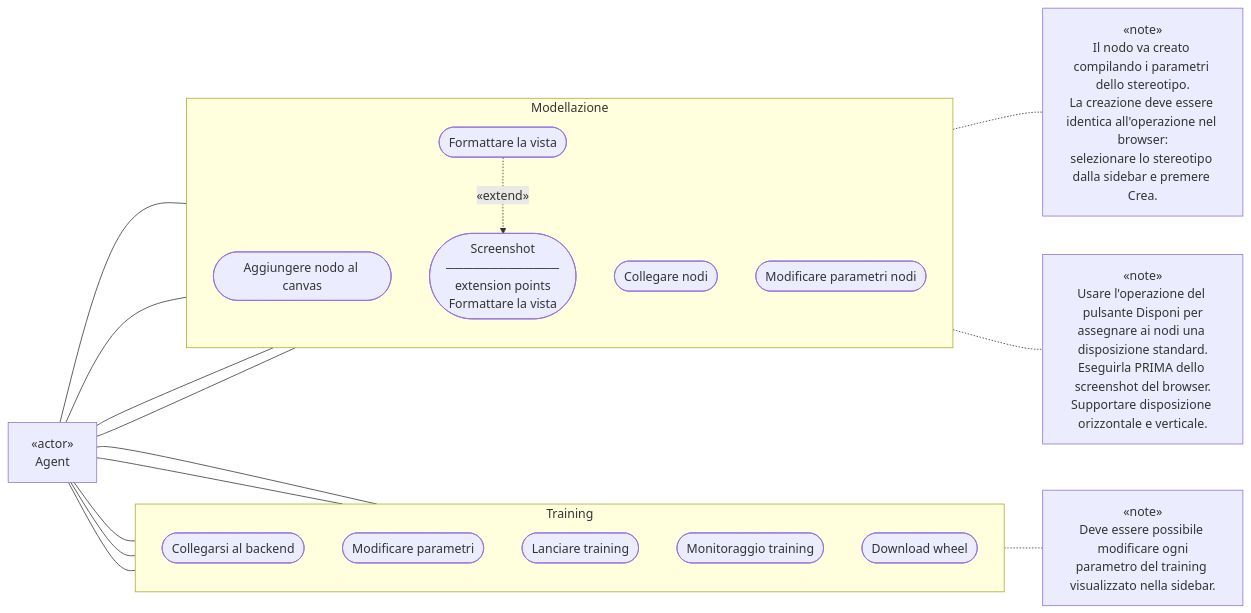
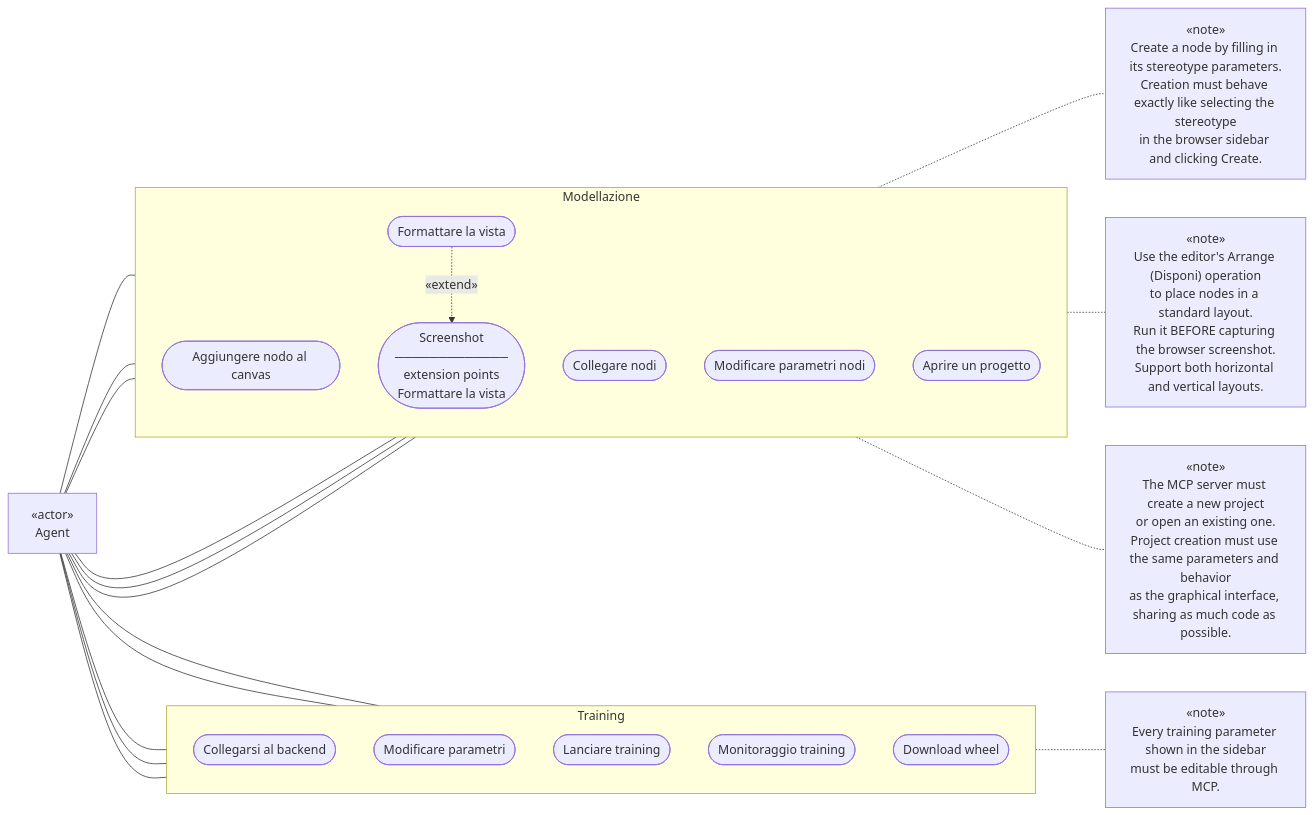
One commit to LucaSforza/NNModelling changed the diagram in docs/knowledge/uml/mcp-use-case-parity.md. Above: the diagram before and after it, drawn with Mermaid. The commit also changed other lines of this file and 11 other files, not shown here.

Commit message:
plan for implementing MCP server

````diff
--- a/docs/knowledge/uml/mcp-use-case-parity.md
+++ b/docs/knowledge/uml/mcp-use-case-parity.md
@@ -24,45 +28,51 @@
 ```mermaid
 flowchart LR
     A["«actor»<br/>Agent"]
 
     subgraph TRAINING["Training"]
         direction TB
         T1(["Collegarsi al backend"])
         T2(["Modificare parametri"])
         T3(["Lanciare training"])
         T4(["Monitoraggio training"])
         T5(["Download wheel"])
     end
 
     subgraph MODELLAZIONE["Modellazione"]
         direction TB
         M1(["Aggiungere nodo al canvas"])
         M2(["Collegare nodi"])
         M3(["Modificare parametri nodi"])
         M4(["Formattare la vista"])
         M5(["Screenshot<br/>─────────────<br/>extension points<br/>Formattare la vista"])
+        M6(["Aprire un progetto"])
 
         M4 -. "«extend»" .-> M5
     end
 
     A --- T1
     A --- T2
     A --- T3
     A --- T4
     A --- T5
 
     A --- M1
     A --- M2
     A --- M3
     A --- M4
+    A --- M5
+    A --- M6
 
-    N1["«note»<br/>Deve essere possibile modificare ogni<br/>parametro del training visualizzato nella sidebar."]
+    N1["«note»<br/>Every training parameter shown in the sidebar<br/>must be editable through MCP."]
 
-    N2["«note»<br/>Il nodo va creato compilando i parametri dello stereotipo.<br/>La creazione deve essere identica all'operazione nel browser:<br/>selezionare lo stereotipo dalla sidebar e premere Crea."]
+    N2["«note»<br/>Create a node by filling in its stereotype parameters.<br/>Creation must behave exactly like selecting the stereotype<br/>in the browser sidebar and clicking Create."]
 
-    N3["«note»<br/>Usare l'operazione del pulsante Disponi per<br/>assegnare ai nodi una disposizione standard.<br/>Eseguirla PRIMA dello screenshot del browser.<br/>Supportare disposizione orizzontale e verticale."]
+    N3["«note»<br/>Use the editor's Arrange (Disponi) operation<br/>to place nodes in a standard layout.<br/>Run it BEFORE capturing the browser screenshot.<br/>Support both horizontal and vertical layouts."]
+
+    N4["«note»<br/>The MCP server must create a new project<br/>or open an existing one.<br/>Project creation must use the same parameters and behavior<br/>as the graphical interface, sharing as much code as possible."]
 
     T2 -.- N1
     M1 -.- N2
     M4 -.- N3
+    M6 -.- N4
 ```
````
